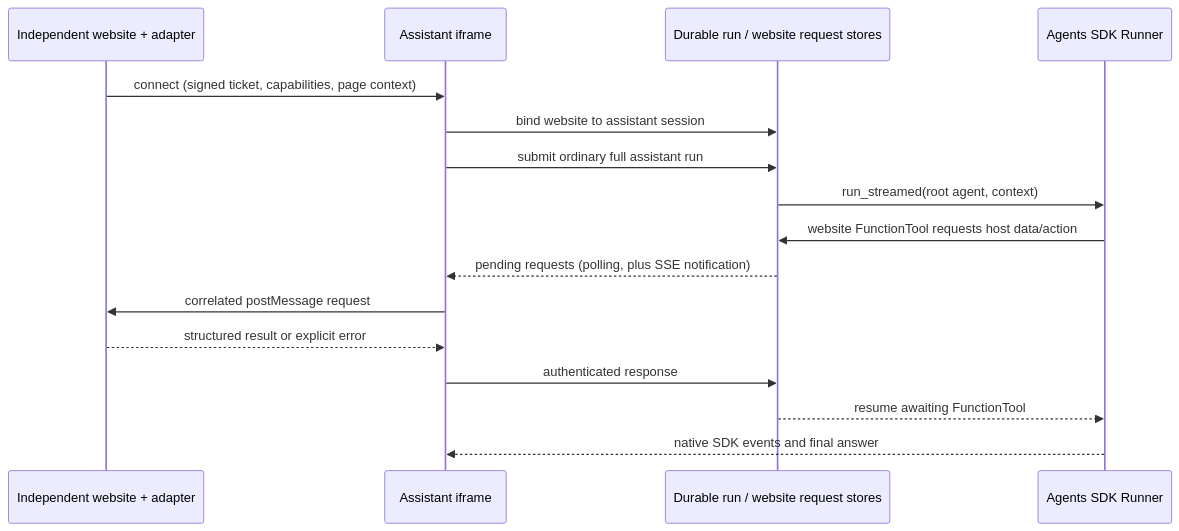
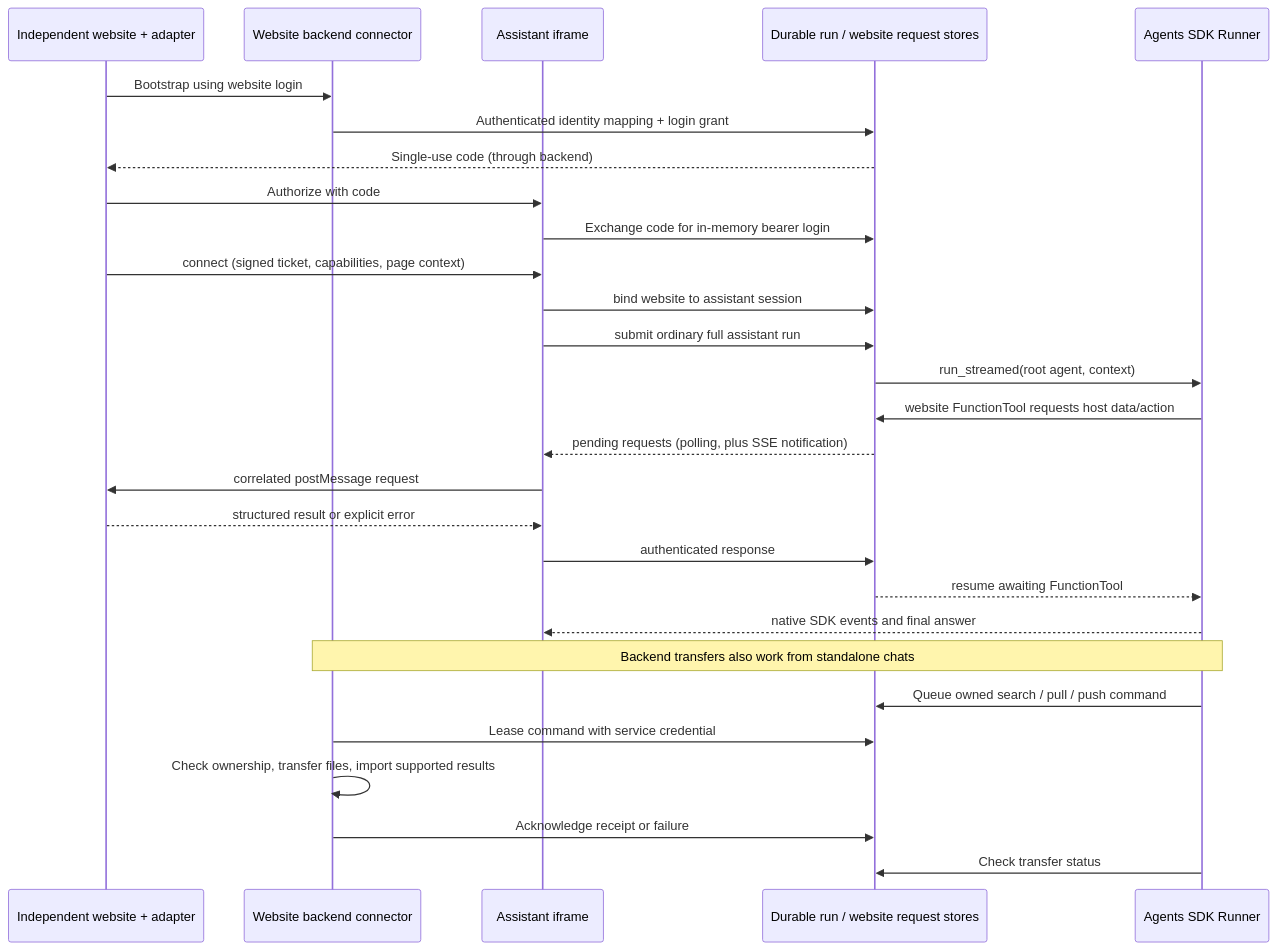
One commit to ai2lifescience/BioAgent changed the diagram in docs/web_integration.md. Above: the diagram before and after it, drawn with Mermaid. The commit also changed other lines of this file and 17 other files, not shown here.

````diff
--- a/docs/web_integration.md
+++ b/docs/web_integration.md
@@ -11,18 +24,30 @@
 ```mermaid
 sequenceDiagram
     participant Host as Independent website + adapter
+    participant Backend as Website backend connector
     participant UI as Assistant iframe
     participant Queue as Durable run / website request stores
     participant SDK as Agents SDK Runner
+    Host->>Backend: Bootstrap using website login
+    Backend->>Queue: Authenticated identity mapping + login grant
+    Queue-->>Host: Single-use code (through backend)
+    Host->>UI: Authorize with code
+    UI->>Queue: Exchange code for in-memory bearer login
     Host->>UI: connect (signed ticket, capabilities, page context)
     UI->>Queue: bind website to assistant session
     UI->>Queue: submit ordinary full assistant run
     Queue->>SDK: run_streamed(root agent, context)
     SDK->>Queue: website FunctionTool requests host data/action
     Queue-->>UI: pending requests (polling, plus SSE notification)
     UI->>Host: correlated postMessage request
     Host-->>UI: structured result or explicit error
     UI->>Queue: authenticated response
     Queue-->>SDK: resume awaiting FunctionTool
     SDK-->>UI: native SDK events and final answer
+    Note over Backend,SDK: Backend transfers also work from standalone chats
+    SDK->>Queue: Queue owned search / pull / push command
+    Backend->>Queue: Lease command with service credential
+    Backend->>Backend: Check ownership, transfer files, import supported results
+    Backend->>Queue: Acknowledge receipt or failure
+    SDK->>Queue: Check transfer status
 ```
````
